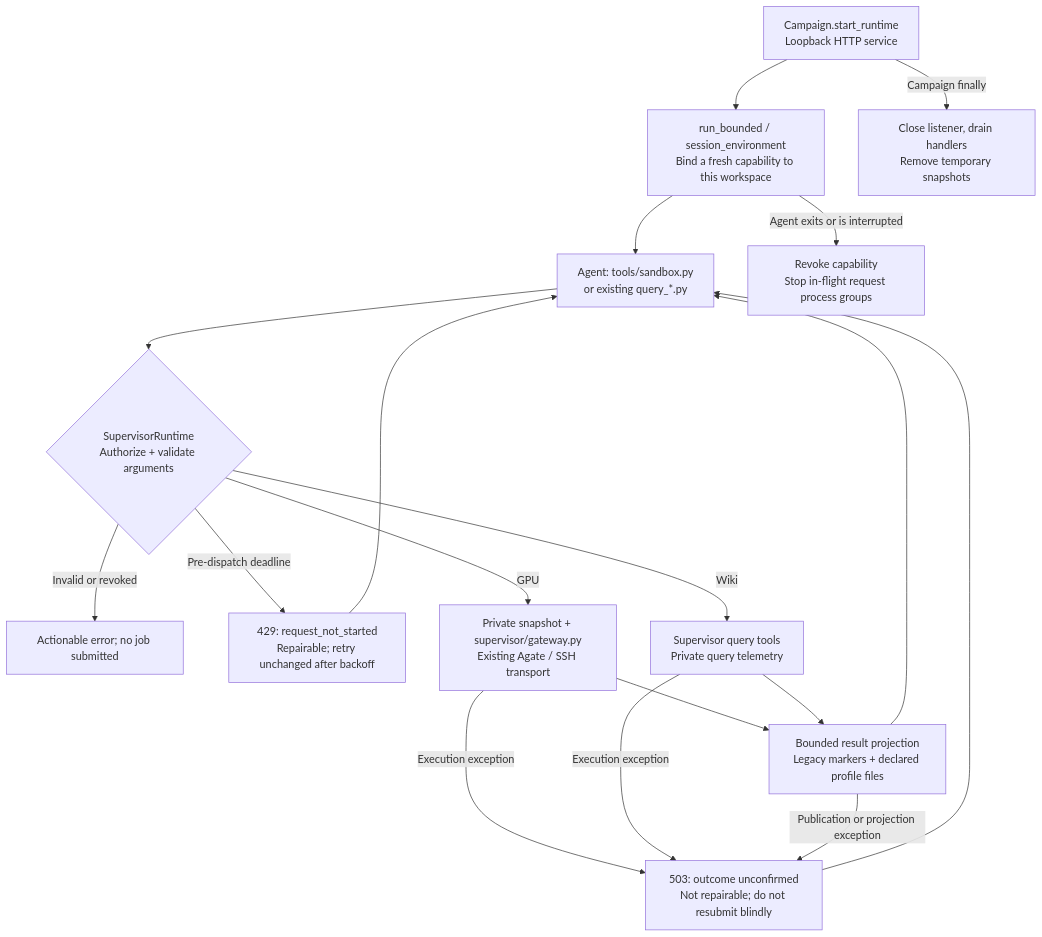
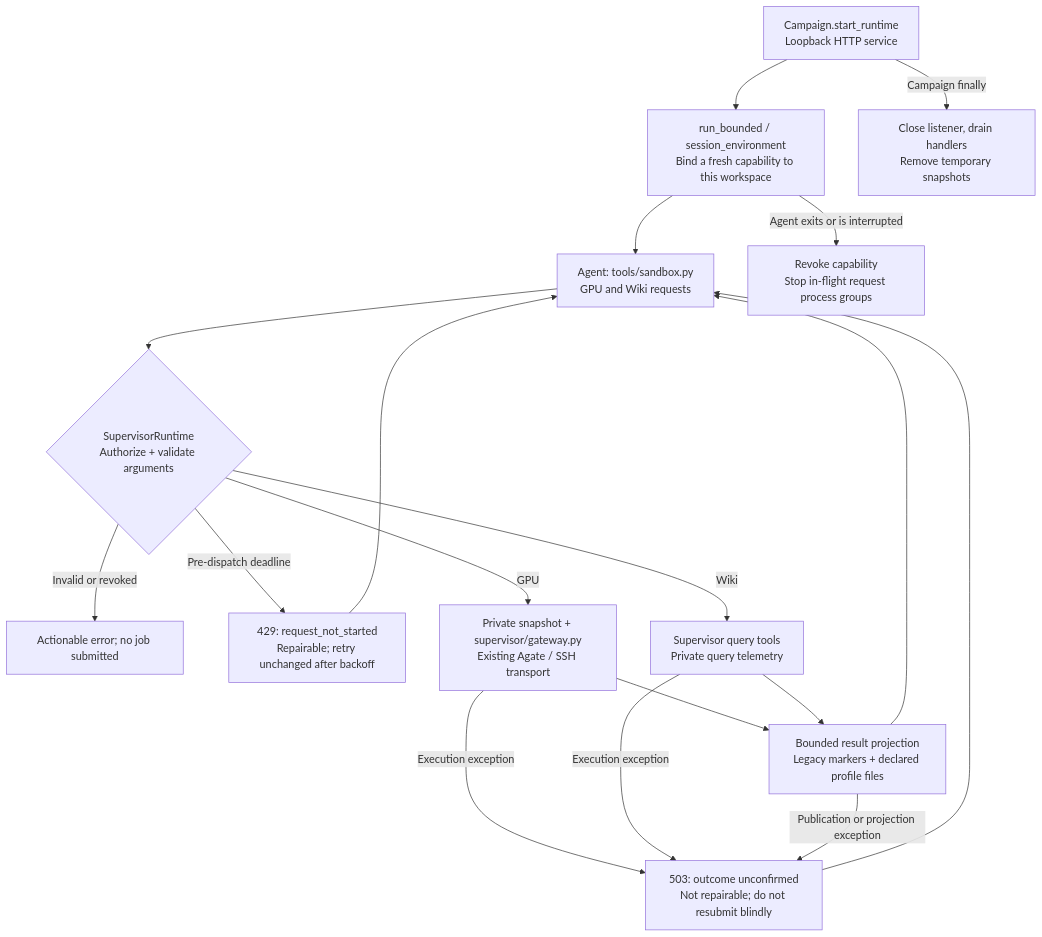
One commit to alibaba/atrex-kernel-agent changed the diagram in docs/supervisor-runtime.md. Above: the diagram before and after it, drawn with Mermaid. The commit also changed other lines of this file and 29 other files, not shown here.

````diff
--- a/docs/supervisor-runtime.md
+++ b/docs/supervisor-runtime.md
@@ -9,20 +9,20 @@
 ```mermaid
 flowchart TD
     C["Campaign.start_runtime<br/>Loopback HTTP service"] --> S["run_bounded / session_environment<br/>Bind a fresh capability to this workspace"]
-    S --> A["Agent: tools/sandbox.py<br/>or existing query_*.py"]
+    S --> A["Agent: tools/sandbox.py<br/>GPU and Wiki requests"]
     A --> V{"SupervisorRuntime<br/>Authorize + validate arguments"}
     V -->|Invalid or revoked| E["Actionable error; no job submitted"]
     V -->|Pre-dispatch deadline| Q["429: request_not_started<br/>Repairable; retry unchanged after backoff"]
     Q --> A
     V -->|GPU| G["Private snapshot + supervisor/gateway.py<br/>Existing Agate / SSH transport"]
     V -->|Wiki| W["Supervisor query tools<br/>Private query telemetry"]
     G --> P["Bounded result projection<br/>Legacy markers + declared profile files"]
     W --> P
     P --> A
     G -->|Execution exception| U["503: outcome unconfirmed<br/>Not repairable; do not resubmit blindly"]
     W -->|Execution exception| U
     P -->|Publication or projection exception| U
     U --> A
     S -->|Agent exits or is interrupted| R["Revoke capability<br/>Stop in-flight request process groups"]
     C -->|Campaign finally| X["Close listener, drain handlers<br/>Remove temporary snapshots"]
 ```
````
